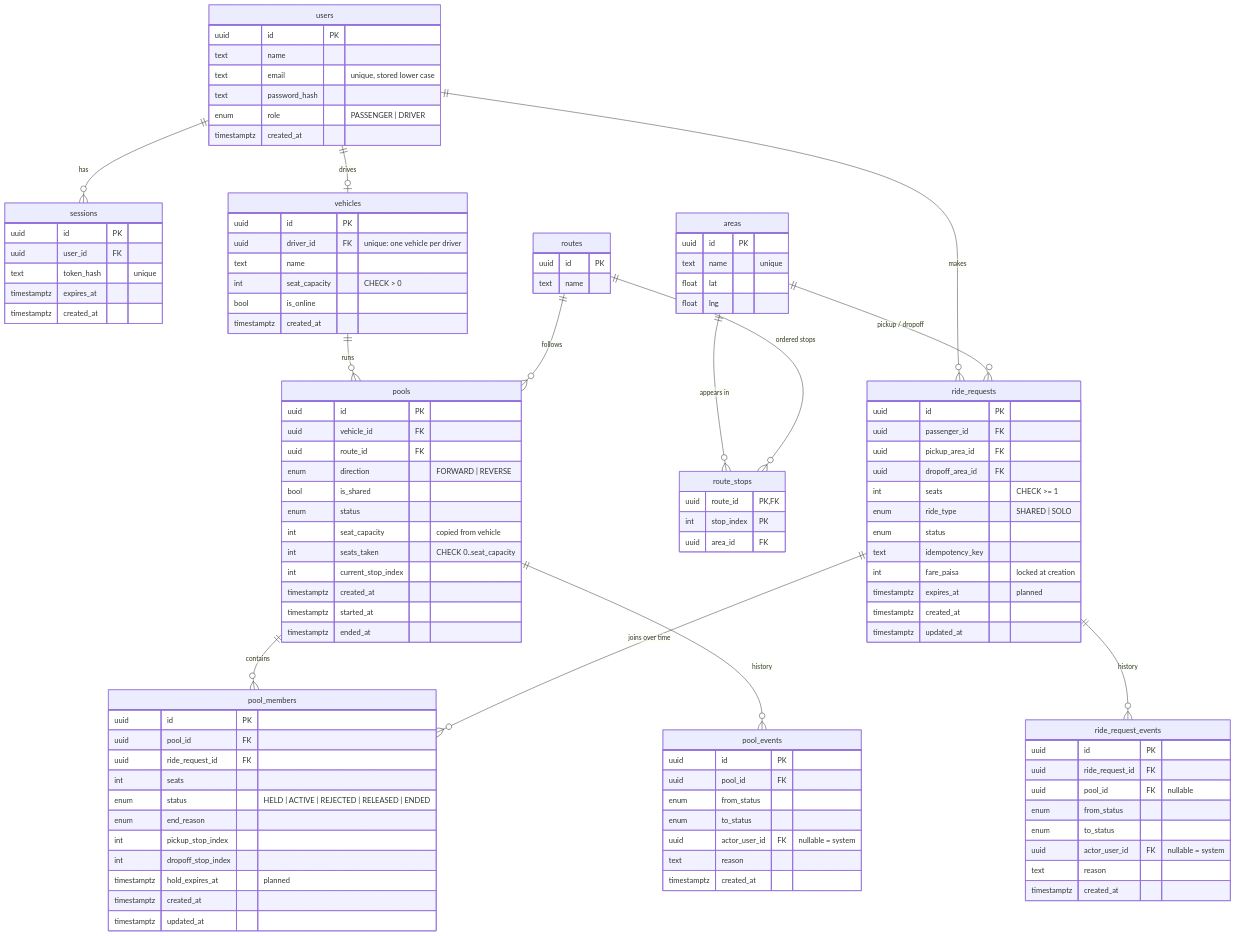
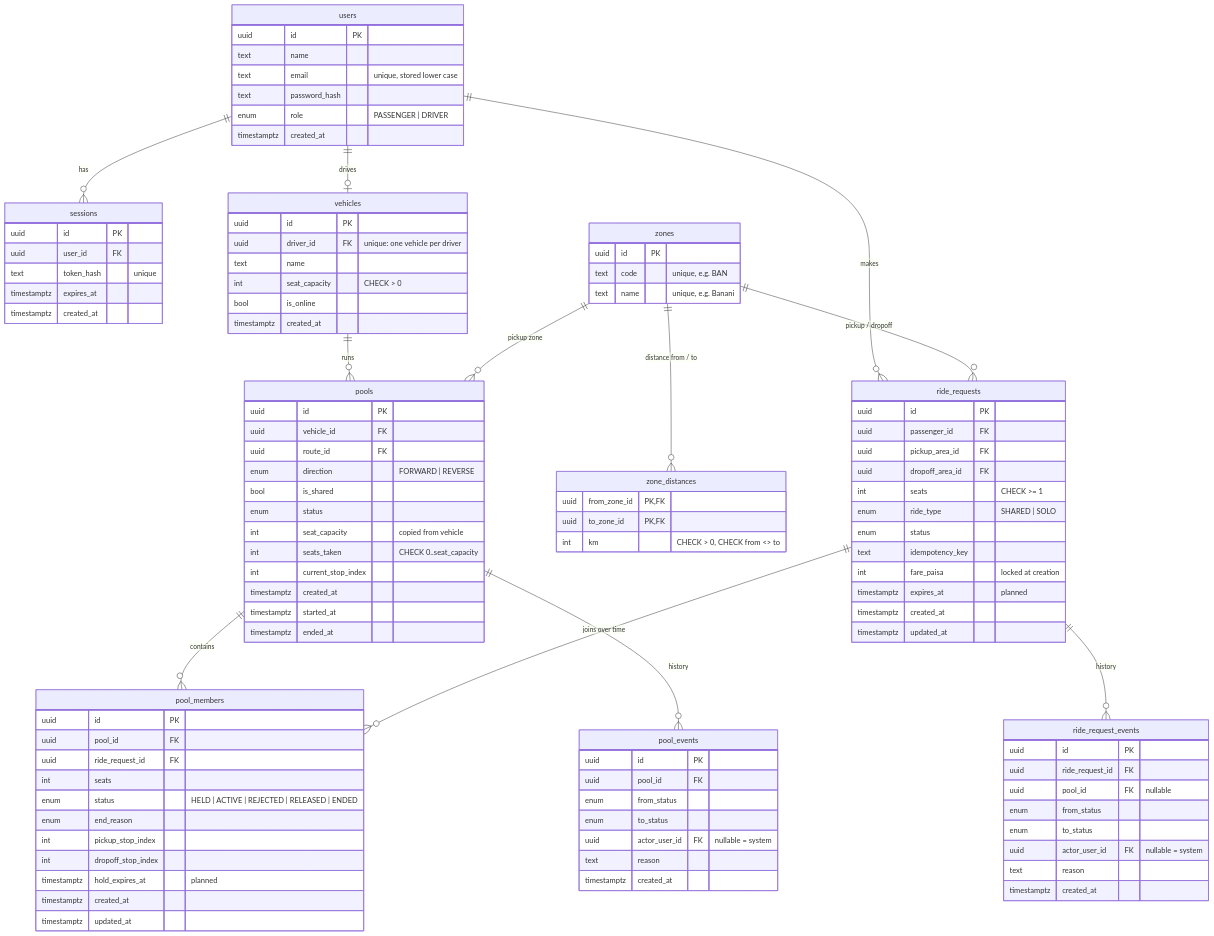
The diagram in docs/erd.md (istiak133/Tesla), drawn with Mermaid before and after one commit. The commit also changed other lines of this file and 3 other files, not shown here.

```diff
--- a/docs/erd.md
+++ b/docs/erd.md
@@ -8,11 +10,10 @@
     users ||--o{ sessions : has
     users ||--o| vehicles : drives
     users ||--o{ ride_requests : makes
-    areas ||--o{ route_stops : "appears in"
-    routes ||--o{ route_stops : "ordered stops"
-    areas ||--o{ ride_requests : "pickup / dropoff"
+    zones ||--o{ zone_distances : "distance from / to"
+    zones ||--o{ ride_requests : "pickup / dropoff"
     vehicles ||--o{ pools : runs
-    routes ||--o{ pools : follows
+    zones ||--o{ pools : "pickup zone"
     pools ||--o{ pool_members : contains
     ride_requests ||--o{ pool_members : "joins over time"
     ride_requests ||--o{ ride_request_events : history
@@ -41,20 +42,15 @@
         bool is_online
         timestamptz created_at
     }
-    areas {
+    zones {
         uuid id PK
-        text name "unique"
-        float lat
-        float lng
+        text code "unique, e.g. BAN"
+        text name "unique, e.g. Banani"
     }
-    routes {
-        uuid id PK
-        text name
-    }
-    route_stops {
-        uuid route_id PK, FK
-        int stop_index PK
-        uuid area_id FK
+    zone_distances {
+        uuid from_zone_id PK, FK
+        uuid to_zone_id PK, FK
+        int km "CHECK > 0, CHECK from <> to"
     }
     ride_requests {
         uuid id PK
```
